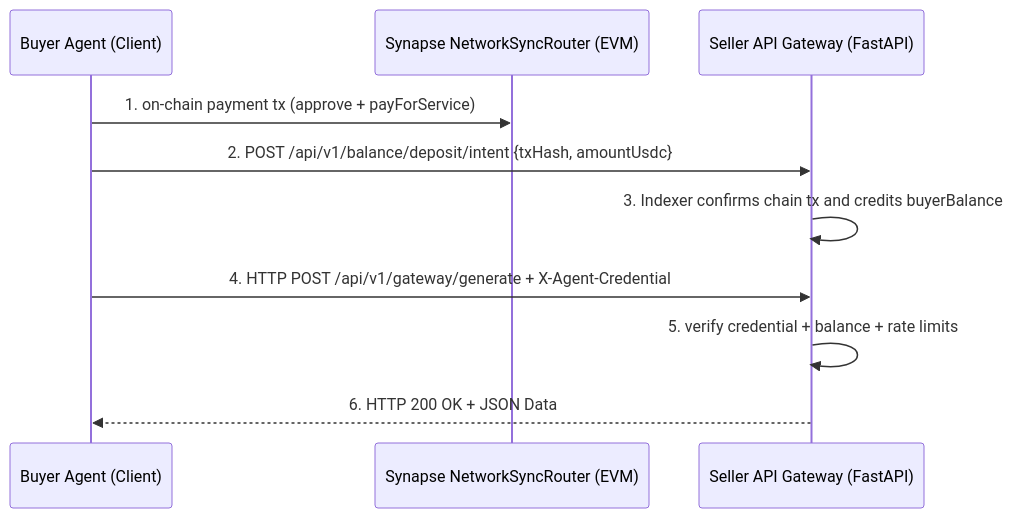
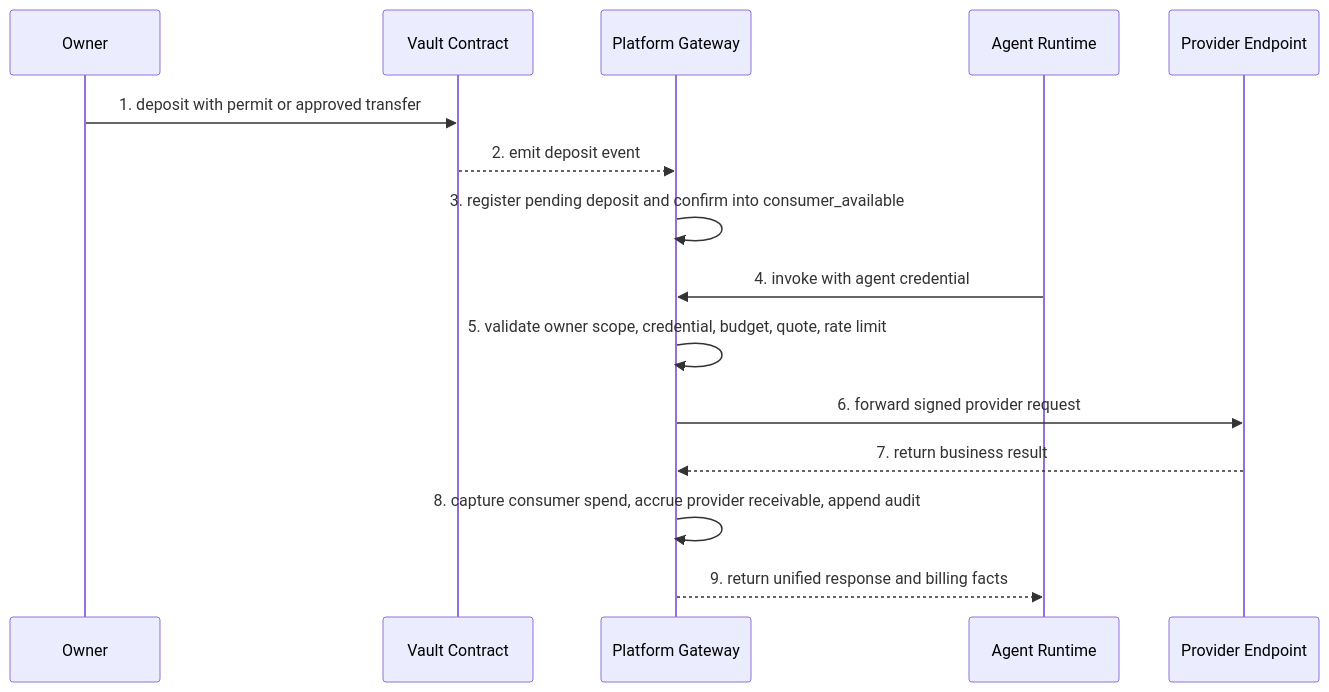
Before and after one commit to SynapseNetworkAI/Synapse-Network: the diagram in docs/02_Architecture/FastAPI_Synchronous_Payment.md, drawn with Mermaid. The commit also changed other lines of this file and 81 other files, not shown here.

Commit message:
refactor: align gateway roles with provider consumer model

````diff
--- a/docs/02_Architecture/FastAPI_Synchronous_Payment.md
+++ b/docs/02_Architecture/FastAPI_Synchronous_Payment.md
@@ -8,13 +14,18 @@
 ```mermaid
 sequenceDiagram
-    participant Buyer as Buyer Agent (Client)
-    participant Contract as Synapse NetworkSyncRouter (EVM)
-    participant Gateway as Seller API Gateway (FastAPI)
+    participant Owner as Owner
+    participant Vault as Vault Contract
+    participant Gateway as Platform Gateway
+    participant Agent as Agent Runtime
+    participant Provider as Provider Endpoint
 
-    Buyer->>Contract: 1. on-chain payment tx (approve + payForService)
-    Buyer->>Gateway: 2. POST /api/v1/balance/deposit/intent {txHash, amountUsdc}
-    Gateway->>Gateway: 3. Indexer confirms chain tx and credits buyerBalance
-    Buyer->>Gateway: 4. HTTP POST /api/v1/gateway/generate + X-Agent-Credential
-    Gateway->>Gateway: 5. verify credential + balance + rate limits
-    Gateway-->>Buyer: 6. HTTP 200 OK + JSON Data
+    Owner->>Vault: 1. deposit with permit or approved transfer
+    Vault-->>Gateway: 2. emit deposit event
+    Gateway->>Gateway: 3. register pending deposit and confirm into consumer_available
+    Agent->>Gateway: 4. invoke with agent credential
+    Gateway->>Gateway: 5. validate owner scope, credential, budget, quote, rate limit
+    Gateway->>Provider: 6. forward signed provider request
+    Provider-->>Gateway: 7. return business result
+    Gateway->>Gateway: 8. capture consumer spend, accrue provider receivable, append audit
+    Gateway-->>Agent: 9. return unified response and billing facts
 ```
````
